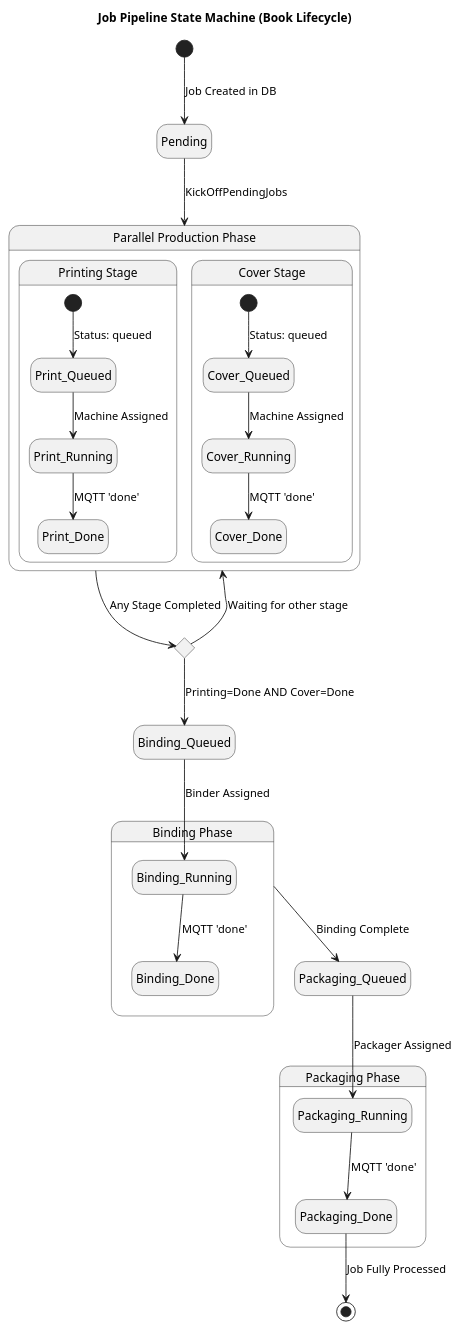
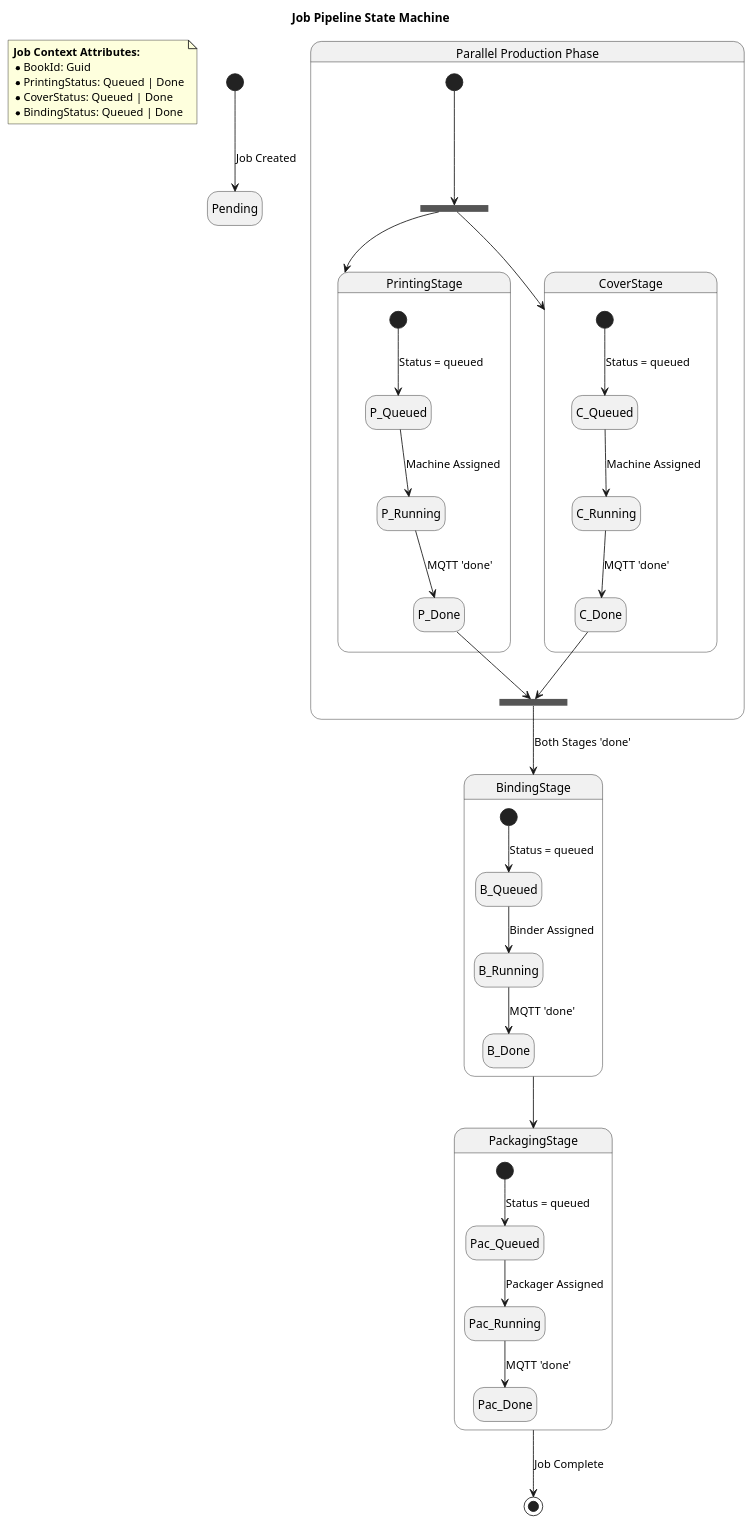
Before and after one commit to vimis22/PlantUML-Diagrams: the diagram in diagrams/asaat_componentsbased_uml/ProductionStateMachine.puml, drawn with PlantUML. The commit also changed 21 other files, not shown here.

Commit message:
Currently working on IBD and BDD Diagrams

```diff
--- a/diagrams/asaat_componentsbased_uml/ProductionStateMachine.puml
+++ b/diagrams/asaat_componentsbased_uml/ProductionStateMachine.puml
@@ -1,41 +1,58 @@
 @startuml
-title Job Pipeline State Machine (Book Lifecycle)
+title Job Pipeline State Machine
 hide empty description
 
-[*] --> Pending : Job Created in DB
+' Data Context / Attributes
+note as N1
+  <b>Job Context Attributes:</b>
+  * BookId: Guid
+  * PrintingStatus: Queued | Done
+  * CoverStatus: Queued | Done
+  * BindingStatus: Queued | Done
+end note
+
+[*] --> Pending : Job Created
 
 state "Parallel Production Phase" as Phase1 {
-    state "Printing Stage" as Printing {
-        [*] --> Print_Queued : Status: queued
-        Print_Queued --> Print_Running : Machine Assigned
-        Print_Running --> Print_Done : MQTT 'done'
+    state "Split Processing" as f1 <<fork>>
+    state "Sync Processing" as j1 <<join>>
+
+    [*] --> f1
+
+    f1 --> PrintingStage
+    f1 --> CoverStage
+
+    state PrintingStage {
+        [*] --> P_Queued : Status = queued
+        P_Queued --> P_Running : Machine Assigned
+        P_Running --> P_Done : MQTT 'done'
     }
 
-    state "Cover Stage" as Cover {
-        [*] --> Cover_Queued : Status: queued
-        Cover_Queued --> Cover_Running : Machine Assigned
-        Cover_Running --> Cover_Done : MQTT 'done'
+    state CoverStage {
+        [*] --> C_Queued : Status = queued
+        C_Queued --> C_Running : Machine Assigned
+        C_Running --> C_Done : MQTT 'done'
     }
+
+    P_Done --> j1
+    C_Done --> j1
 }
 
-Pending --> Phase1 : KickOffPendingJobs
+j1 --> BindingStage : Both Stages 'done'
 
-state "Synchronization Check" as Sync <<choice>>
-Phase1 --> Sync : Any Stage Completed
-Sync --> Binding_Queued : Printing=Done AND Cover=Done
-Sync --> Phase1 : Waiting for other stage
-
-state "Binding Phase" as Phase2 {
-    Binding_Queued --> Binding_Running : Binder Assigned
-    Binding_Running --> Binding_Done : MQTT 'done'
+state BindingStage {
+    [*] --> B_Queued : Status = queued
+    B_Queued --> B_Running : Binder Assigned
+    B_Running --> B_Done : MQTT 'done'
 }
 
-Phase2 --> Packaging_Queued : Binding Complete
+BindingStage --> PackagingStage
 
-state "Packaging Phase" as Phase3 {
-    Packaging_Queued --> Packaging_Running : Packager Assigned
-    Packaging_Running --> Packaging_Done : MQTT 'done'
+state PackagingStage {
+    [*] --> Pac_Queued : Status = queued
+    Pac_Queued --> Pac_Running : Packager Assigned
+    Pac_Running --> Pac_Done : MQTT 'done'
 }
 
-Packaging_Done --> [*] : Job Fully Processed
+PackagingStage --> [*] : Job Complete
 @enduml
```
